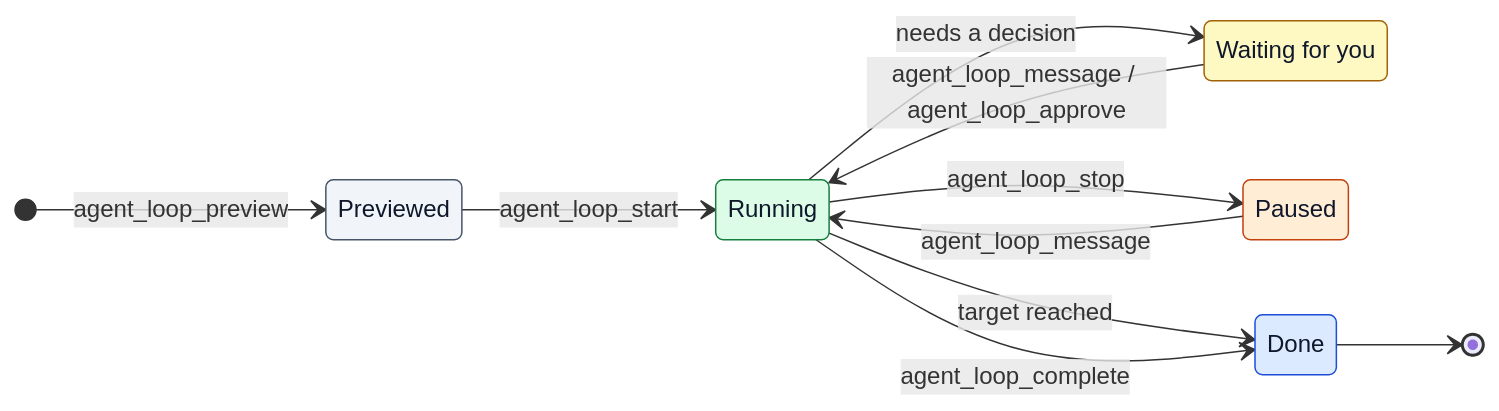
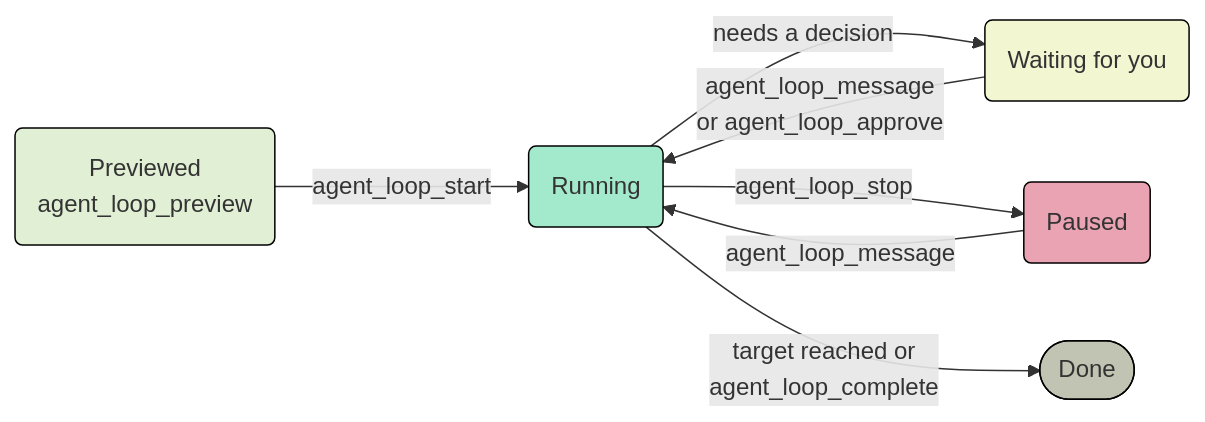
One commit to Composabl/amesa-agents changed the third of 3 diagrams in README.md. Above: the diagram before and after it, drawn with Mermaid. The commit also changed other lines of this file, not shown here.

First line of the commit message:
Restyle README diagrams to match the simulation-score-loop styling

````diff
--- a/README.md
+++ b/README.md
@@ -421,31 +427,21 @@
 ```mermaid
-stateDiagram-v2
-  direction LR
-  Previewed: Previewed
-  Running: Running
-  WaitingForYou: Waiting for you
-  Paused: Paused
-  Done: Done
+flowchart LR
+		P("Previewed<br/>agent_loop_preview")
+		R("Running")
+		W("Waiting for you")
+		PA("Paused")
+		OUT(["Done"])
 
-  [*] --> Previewed: agent_loop_preview
-  Previewed --> Running: agent_loop_start
-  Running --> WaitingForYou: needs a decision
-  WaitingForYou --> Running: agent_loop_message / agent_loop_approve
-  Running --> Paused: agent_loop_stop
-  Paused --> Running: agent_loop_message
-  Running --> Done: target reached
-  Running --> Done: agent_loop_complete
-  Done --> [*]
+		P -- "agent_loop_start" --> R
+		R -- "needs a decision" --> W
+		W -- "agent_loop_message<br/>or agent_loop_approve" --> R
+		R -- "agent_loop_stop" --> PA
+		PA -- "agent_loop_message" --> R
+		R -- "target reached or<br/>agent_loop_complete" --> OUT
 
-  classDef preview fill:#f1f5f9,stroke:#475569,color:#0f172a
-  classDef active fill:#dcfce7,stroke:#15803d,color:#0f172a
-  classDef waiting fill:#fef9c3,stroke:#a16207,color:#0f172a
-  classDef paused fill:#ffedd5,stroke:#c2410c,color:#0f172a
-  classDef finished fill:#dbeafe,stroke:#1d4ed8,color:#0f172a
-
-  class Previewed preview
-  class Running active
-  class WaitingForYou waiting
-  class Paused paused
-  class Done finished
+		style P stroke:#000000,fill:#E1F0D4
+		style R stroke:#000000,fill:#A3E9CC
+		style W stroke:#000000,fill:#F2F7D2
+		style PA stroke:#000000,fill:#E9A3B2
+		style OUT stroke:#000000,fill:#C2C4B3
 ```
````
